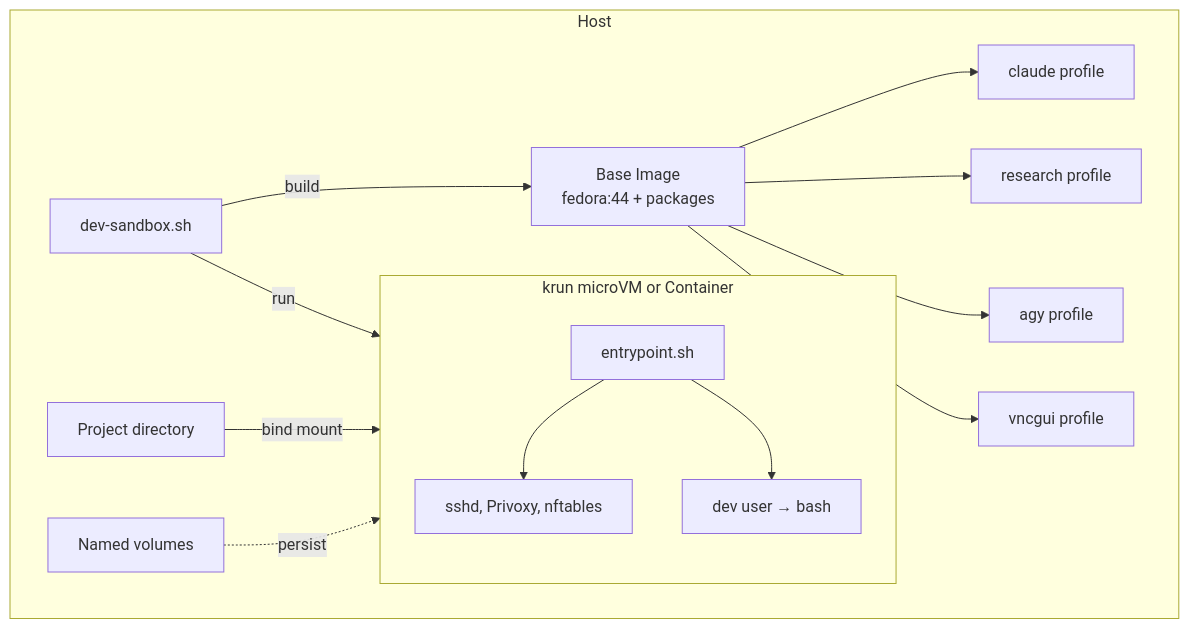
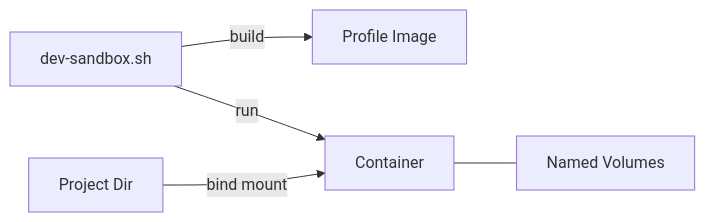
The diagram in README.md (kosmrljt/dev-sandbox), drawn with Mermaid before and after one commit. The commit also changed other lines of this file, not shown here.

Commit message:
Enhance README with new commands and diagram
Updated README with new dev-sandbox commands and improved architecture diagram.

````diff
--- a/README.md
+++ b/README.md
@@ -86,19 +88,7 @@
 ```mermaid
-graph TB
-    subgraph Host
-        Script[dev-sandbox.sh]
-        Script -->|build| Base[Base Image<br/>fedora:44 + packages]
-        Base --> Claude[claude profile]
-        Base --> Research[research profile]
-        Base --> Agy[agy profile]
-        Base --> VNC[vncgui profile]
-        Script -->|run| Container
-        subgraph Container [krun microVM or Container]
-            Entry[entrypoint.sh]
-            Entry --> Services[sshd, Privoxy, nftables]
-            Entry --> Shell[dev user → bash]
-        end
-        Project[Project directory] -->|bind mount| Container
-        Volumes[Named volumes] -.->|persist| Container
-    end
+graph LR
+    Script[dev-sandbox.sh] -->|build| Image[Profile Image]
+    Script -->|run| Container
+    Container --- Volumes[Named Volumes]
+    Project[Project Dir] -->|bind mount| Container
 ```
````
